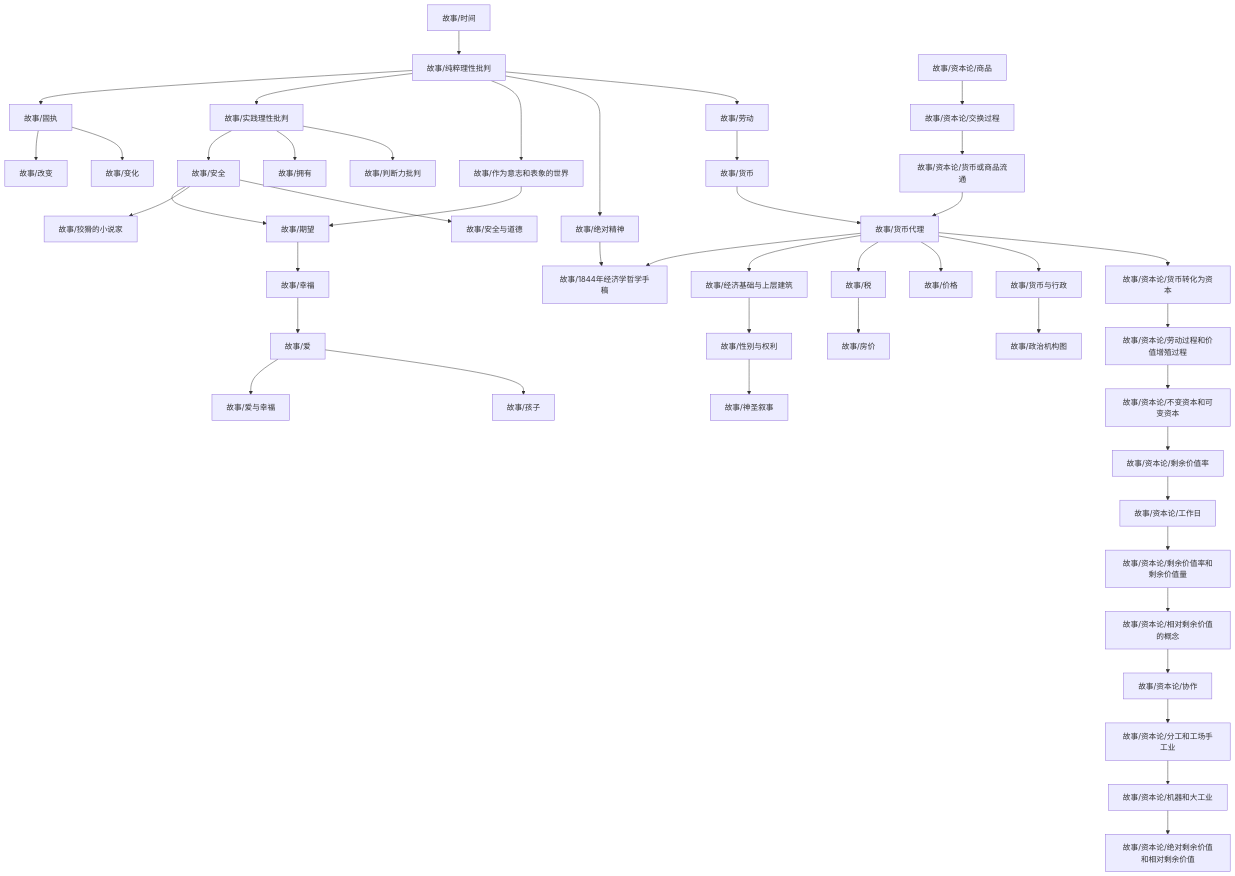
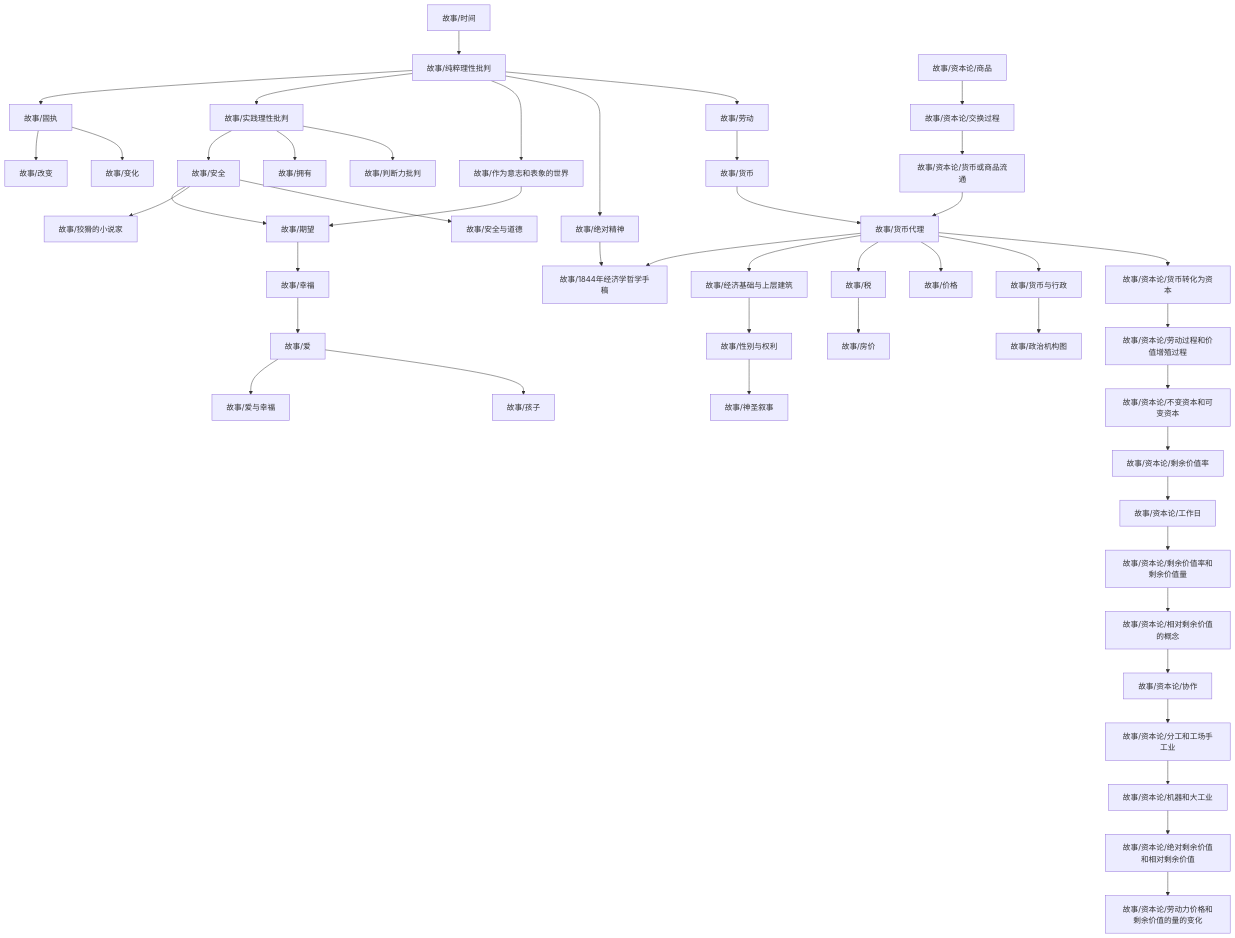
Before and after one commit to zengls3186428803/zengls3186428803.github.io: the diagram in content/故事/dependency_graph.md, drawn with Mermaid. The commit also changed 4 other files, not shown here.

````diff
--- a/content/故事/dependency_graph.md
+++ b/content/故事/dependency_graph.md
@@ -1,48 +1,49 @@
 ```mermaid
 graph TD
 1["故事/纯粹理性批判"] --> 0["故事/固执"]
 3["故事/经济基础与上层建筑"] --> 2["故事/性别与权利"]
 0["故事/固执"] --> 4["故事/改变"]
 6["故事/货币代理"] --> 5["故事/1844年经济学哲学手稿"]
 7["故事/绝对精神"] --> 5["故事/1844年经济学哲学手稿"]
 9["故事/作为意志和表象的世界"] --> 8["故事/期望"]
 10["故事/安全"] --> 8["故事/期望"]
 10["故事/安全"] --> 11["故事/狡猾的小说家"]
 1["故事/纯粹理性批判"] --> 12["故事/实践理性批判"]
 13["故事/时间"] --> 1["故事/纯粹理性批判"]
 12["故事/实践理性批判"] --> 10["故事/安全"]
 6["故事/货币代理"] --> 3["故事/经济基础与上层建筑"]
 12["故事/实践理性批判"] --> 14["故事/拥有"]
 6["故事/货币代理"] --> 15["故事/税"]
 15["故事/税"] --> 16["故事/房价"]
 18["故事/货币与行政"] --> 17["故事/政治机构图"]
 0["故事/固执"] --> 19["故事/变化"]
 21["故事/幸福"] --> 20["故事/爱"]
 6["故事/货币代理"] --> 22["故事/价格"]
 23["故事/货币"] --> 6["故事/货币代理"]
 24["故事/资本论/货币或商品流通"] --> 6["故事/货币代理"]
 1["故事/纯粹理性批判"] --> 9["故事/作为意志和表象的世界"]
 1["故事/纯粹理性批判"] --> 7["故事/绝对精神"]
 6["故事/货币代理"] --> 18["故事/货币与行政"]
 10["故事/安全"] --> 26["故事/安全与道德"]
 2["故事/性别与权利"] --> 27["故事/神圣叙事"]
 20["故事/爱"] --> 28["故事/爱与幸福"]
 29["故事/劳动"] --> 23["故事/货币"]
 20["故事/爱"] --> 30["故事/孩子"]
 1["故事/纯粹理性批判"] --> 29["故事/劳动"]
 12["故事/实践理性批判"] --> 31["故事/判断力批判"]
 8["故事/期望"] --> 21["故事/幸福"]
 33["故事/资本论/不变资本和可变资本"] --> 32["故事/资本论/剩余价值率"]
 34["故事/资本论/交换过程"] --> 24["故事/资本论/货币或商品流通"]
 36["故事/资本论/机器和大工业"] --> 35["故事/资本论/绝对剩余价值和相对剩余价值"]
 38["故事/资本论/货币转化为资本"] --> 37["故事/资本论/劳动过程和价值增殖过程"]
 37["故事/资本论/劳动过程和价值增殖过程"] --> 33["故事/资本论/不变资本和可变资本"]
 40["故事/资本论/相对剩余价值的概念"] --> 39["故事/资本论/协作"]
 41["故事/资本论/分工和工场手工业"] --> 36["故事/资本论/机器和大工业"]
 6["故事/货币代理"] --> 38["故事/资本论/货币转化为资本"]
 42["故事/资本论/商品"] --> 34["故事/资本论/交换过程"]
+35["故事/资本论/绝对剩余价值和相对剩余价值"] --> 43["故事/资本论/劳动力价格和剩余价值的量的变化"]
 39["故事/资本论/协作"] --> 41["故事/资本论/分工和工场手工业"]
-44["故事/资本论/工作日"] --> 43["故事/资本论/剩余价值率和剩余价值量"]
-43["故事/资本论/剩余价值率和剩余价值量"] --> 40["故事/资本论/相对剩余价值的概念"]
-32["故事/资本论/剩余价值率"] --> 44["故事/资本论/工作日"]
+45["故事/资本论/工作日"] --> 44["故事/资本论/剩余价值率和剩余价值量"]
+44["故事/资本论/剩余价值率和剩余价值量"] --> 40["故事/资本论/相对剩余价值的概念"]
+32["故事/资本论/剩余价值率"] --> 45["故事/资本论/工作日"]
 ```
````
